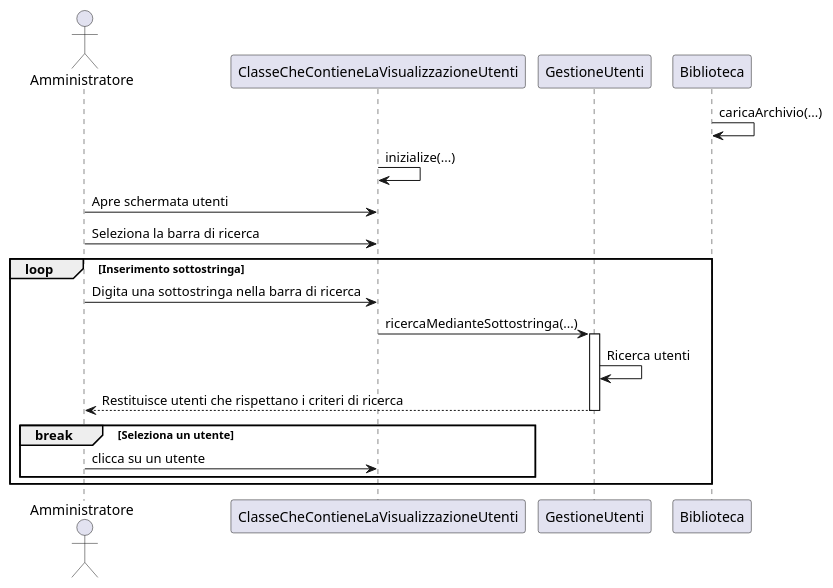
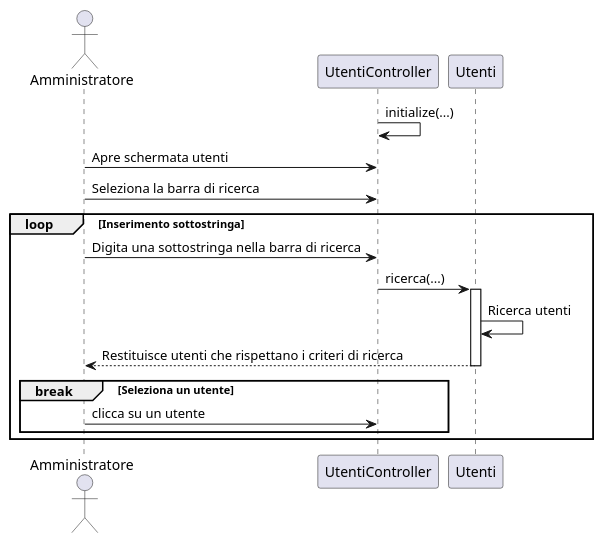
The diagram in documents/DiagrammiUML/DiagrammiDiSequenza/diagrammaC12RicercaUtente.puml (TitanVoid/ProgSE-Biblioteca), drawn with PlantUML before and after one commit. The commit also changed 21 other files, not shown here.

Commit message:
Aggiornamento diagrammi di sequenza

```diff
--- a/documents/DiagrammiUML/DiagrammiDiSequenza/diagrammaC12RicercaUtente.puml
+++ b/documents/DiagrammiUML/DiagrammiDiSequenza/diagrammaC12RicercaUtente.puml
@@ -1,32 +1,30 @@
 @startuml
 
 	actor Amministratore as a
-	participant ClasseCheContieneLaVisualizzazioneUtenti as cvu
-	participant GestioneUtenti as gu
-	participant Biblioteca as b
+	participant UtentiController as cvu
+	participant Utenti as gu
 
-	b->b: caricaArchivio(...)
 	
-	cvu->cvu: inizialize(...)
+	cvu->cvu: initialize(...)
 	a->cvu: Apre schermata utenti
 	a->cvu: Seleziona la barra di ricerca
 	
 	'Ogni volta che viene inserito un carattere viene aggiornata la ricerca
 	loop Inserimento sottostringa 
 		a->cvu: Digita una sottostringa nella barra di ricerca
-		cvu->gu: ricercaMedianteSottostringa(...)
+		cvu->gu: ricerca(...)
 		activate gu
 			gu->gu: Ricerca utenti
 			gu-->a:Restituisce utenti che rispettano i criteri di ricerca
 		deactivate gu
 		
 		'Condizione di uscita dal loop
 		break Seleziona un utente 
 			a->cvu: clicca su un utente
 		end
 
 	end
 
 
 
 @enduml
```
